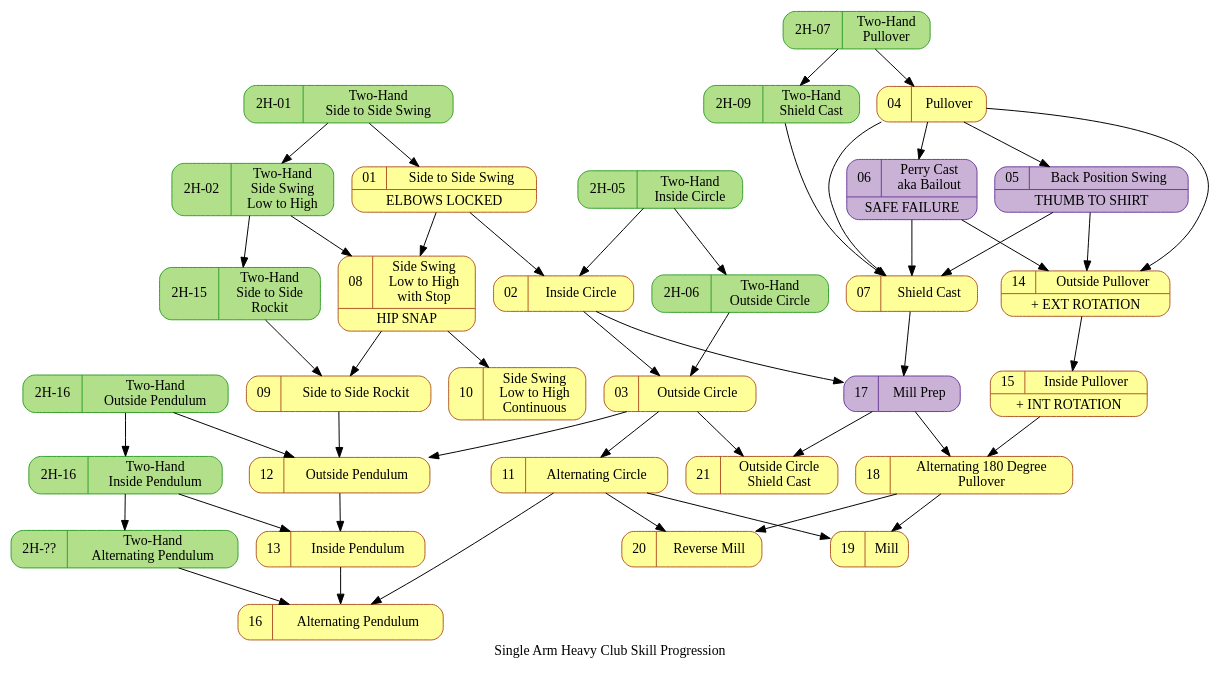
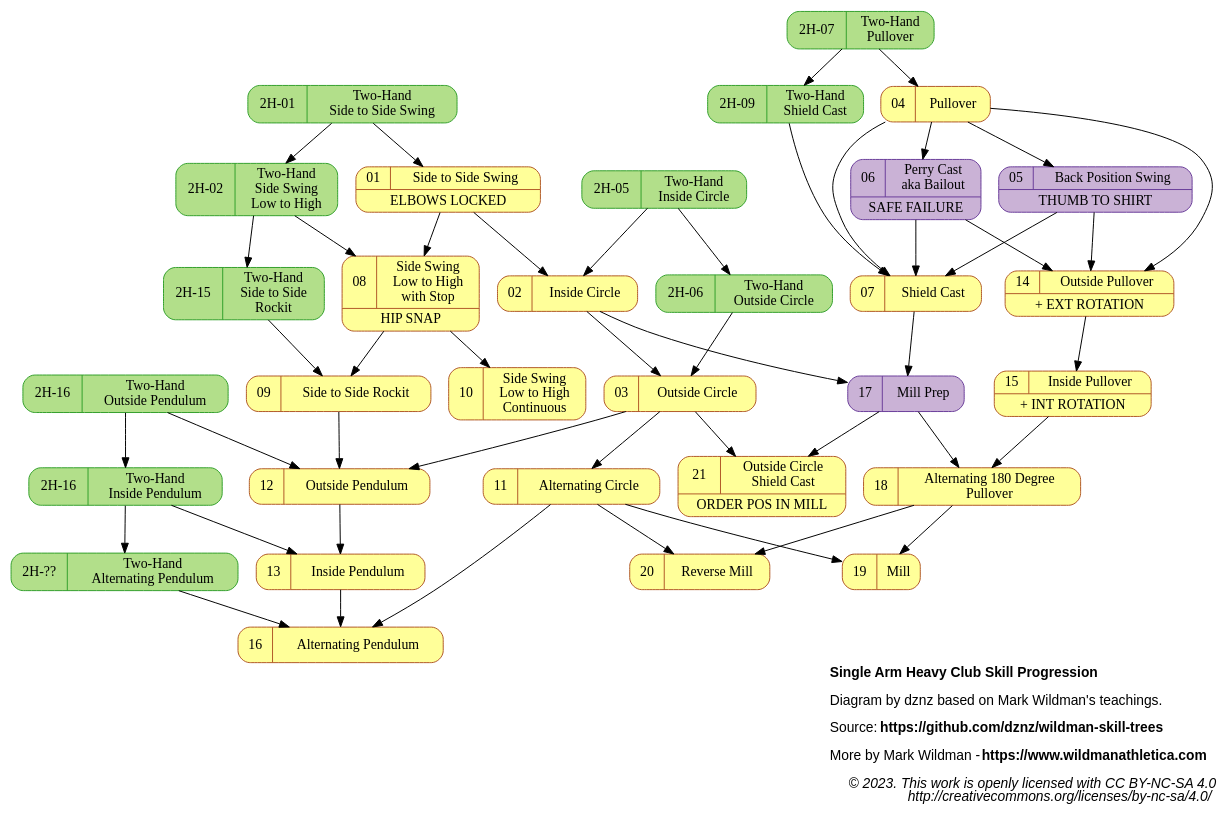
Before and after one commit to dznz/wildman-skill-trees: the diagram in src/hc/hc_sa_progression.gv, drawn with Graphviz. The commit also changed 1 other file, not shown here.

Commit message:
docs(hc_sa_progression): Title with license
Define some boilerplate text that makes sure to include:

- Link to the project
- Link to Wildman's home page
- Attribution to me and MW

```diff
--- a/src/hc/hc_sa_progression.gv
+++ b/src/hc/hc_sa_progression.gv
@@ -1,108 +1,117 @@
 digraph kb_progression {
-  // Single Arm Heavy Club Skill Progression Diagram © 2023
-  // by dznz using knowledge from Mark Wildman is licensed
-  // under CC BY-NC-SA 4.0 
-  // http://creativecommons.org/licenses/by-nc-sa/4.0/
-  label="Single Arm Heavy Club Skill Progression"
+
+  label=<
+<B>Single Arm Heavy Club Skill Progression</B><BR ALIGN="LEFT"/><BR ALIGN="LEFT"/>
+Diagram by dznz based on Mark Wildman's teachings.<BR ALIGN="LEFT"/><BR ALIGN="LEFT"/>
+Source: <B>https://github.com/dznz/wildman-skill-trees</B><BR ALIGN="LEFT"/><BR ALIGN="LEFT"/>
+More by Mark Wildman - <B>https://www.wildmanathletica.com</B><BR ALIGN="LEFT"/><BR ALIGN="LEFT"/>
+<I>
+© 2023. This work is openly licensed with CC BY-NC-SA 4.0<BR ALIGN="RIGHT"/>
+http://creativecommons.org/licenses/by-nc-sa/4.0/<BR ALIGN="RIGHT"/>
+</I>
+  >
+  graph [labeljust=r]
+  graph [fontname="Helvetica,Arial,sans-serif"]
+
   node [colorscheme="paired12"]
   node [shape=record]
   node [style="rounded,filled"]
   node [color=12, fillcolor=11]
 
   subgraph warmup {
     node [color=8, fillcolor=7]
   }
 
   subgraph aux {
     node [color=10, fillcolor=9]
     mov_05_backs2s, mov_06_perry, mov_17_millprep
   }
 
   // Movements external to this diagram
   subgraph ext {
     node [color=4, fillcolor=3]
     ext_2h_s2s, ext_2h_sideswingl2h, ext_2h_sc, ext_2h_pullover
     ext_2h_s2srockit
     ext_2h_incircle, ext_2h_outcircle
     ext_2h_outpend, ext_2h_inpend, ext_2h_altpend
   }
 
   ext_2h_s2s          [label="{{2H-01|Two-Hand\nSide to Side Swing}}"]
   ext_2h_incircle     [label="{{2H-05|Two-Hand\nInside Circle}}"]
   ext_2h_outcircle    [label="{{2H-06|Two-Hand\nOutside Circle}}"]
   ext_2h_sc           [label="{{2H-09|Two-Hand\nShield Cast}}"]
   ext_2h_sideswingl2h [label="{{2H-02|Two-Hand\nSide Swing\nLow to High}}" ]
   ext_2h_s2srockit    [label="{{2H-15|Two-Hand\nSide to Side\nRockit}}"                         URL=""];
   ext_2h_pullover     [label="{{2H-07|Two-Hand\nPullover}}" URL="https://www.youtube.com/watch?v=jpIn1Sumg78&list=PLk4oYPJ7TXKiueHS7UMPv-DxNMK6UELds&index=7"]
   ext_2h_outpend      [label="{{2H-16|Two-Hand\nOutside Pendulum}}"]
   ext_2h_inpend       [label="{{2H-16|Two-Hand\nInside Pendulum}}"]
   ext_2h_altpend      [label="{{2H-??|Two-Hand\nAlternating Pendulum}}" URL="https://www.youtube.com/watch?v=GULjXPS_ba4"]
   
-  mov_01_s2s              [label="{{01|Side to Side Swing}|ELBOWS LOCKED}"            URL="https://www.youtube.com/watch?v=cosgyt2BQG4&list=PLk4oYPJ7TXKgCH_TpdUCNs2-m5ZCqx-Pw"];
-  mov_02_incircle         [label="{{02|Inside Circle}}"                               URL="https://www.youtube.com/watch?v=-gtRj1KEUmw"];
-  mov_03_outcircle        [label="{{03|Outside Circle}}"                              URL="https://www.youtube.com/watch?v=Mf2QuZvRtQ4&list=PLk4oYPJ7TXKgCH_TpdUCNs2-m5ZCqx-Pw&index=2"];
-  mov_04_pullover         [label="{{04|Pullover}}"                                    URL="https://www.youtube.com/watch?v=HHT6TrTLJM8"];
-  mov_05_backs2s          [label="{{05|Back Position Swing}|THUMB TO SHIRT}"          URL="https://www.youtube.com/watch?v=sxePeWDR1U0"];
-  mov_06_perry            [label="{{06|Perry Cast\naka Bailout}|SAFE FAILURE}"        URL="https://www.youtube.com/watch?v=FpUecSrX_AI&list=PLk4oYPJ7TXKgCH_TpdUCNs2-m5ZCqx-Pw&index=3"];
-  mov_07_sc               [label="{{07|Shield Cast}}"                                 URL="https://www.youtube.com/watch?v=huwc0g3yLWk&list=PLk4oYPJ7TXKgCH_TpdUCNs2-m5ZCqx-Pw&index=4"];
-  mov_08_sideswingl2h     [label="{{08|Side Swing\nLow to High\nwith Stop}|HIP SNAP}" URL="https://www.youtube.com/watch?v=huwc0g3yLWk&list=PLk4oYPJ7TXKgCH_TpdUCNs2-m5ZCqx-Pw&index=5"];
-  mov_09_s2srockit        [label="{{09|Side to Side Rockit}}"                         URL="https://www.youtube.com/watch?v=I26O1ct_hik&list=PLk4oYPJ7TXKgCH_TpdUCNs2-m5ZCqx-Pw&index=6"];
-  mov_10_sideswingl2hcont [label="{{10|Side Swing\nLow to High\nContinuous}}"         URL="https://www.youtube.com/watch?v=I26O1ct_hik&list=PLk4oYPJ7TXKgCH_TpdUCNs2-m5ZCqx-Pw&index=7"];
-  mov_11_altcircle        [label="{{11|Alternating Circle}}"                          URL="https://www.youtube.com/watch?v=I26O1ct_hik&list=PLk4oYPJ7TXKgCH_TpdUCNs2-m5ZCqx-Pw&index=8"];
-  mov_12_outpend          [label="{{12|Outside Pendulum}}"                            URL="https://www.youtube.com/watch?v=I26O1ct_hik&list=PLk4oYPJ7TXKgCH_TpdUCNs2-m5ZCqx-Pw&index=9"];
-  mov_13_inpend           [label="{{13|Inside Pendulum}}"                             URL="https://www.youtube.com/watch?v=I26O1ct_hik&list=PLk4oYPJ7TXKgCH_TpdUCNs2-m5ZCqx-Pw&index=10"];
-  mov_14_outpull          [label="{{14|Outside Pullover}|+ EXT ROTATION}"             URL="https://www.youtube.com/watch?v=sJ5XCgdCMx8&list=PLk4oYPJ7TXKgCH_TpdUCNs2-m5ZCqx-Pw&index=14"];
-  mov_15_inpull           [label="{{15|Inside Pullover}|+ INT ROTATION}"              URL="https://www.youtube.com/watch?v=sJ5XCgdCMx8&list=PLk4oYPJ7TXKgCH_TpdUCNs2-m5ZCqx-Pw&index=15"];
-  mov_16_altpend          [label="{{16|Alternating Pendulum}}"                        URL="https://www.youtube.com/watch?v=I26O1ct_hik&list=PLk4oYPJ7TXKgCH_TpdUCNs2-m5ZCqx-Pw&index=16"];
-  mov_17_millprep         [label="{{17|Mill Prep}}"                                   URL="https://www.youtube.com/watch?v=I26O1ct_hik&list=PLk4oYPJ7TXKgCH_TpdUCNs2-m5ZCqx-Pw&index=17"];
-  mov_18_alt180pull       [label="{{18|Alternating 180 Degree\nPullover}}"            URL="https://www.youtube.com/watch?v=I26O1ct_hik&list=PLk4oYPJ7TXKgCH_TpdUCNs2-m5ZCqx-Pw&index=18"];
-  mov_19_mill             [label="{{19|Mill}}"                                        URL="https://www.youtube.com/watch?v=I26O1ct_hik&list=PLk4oYPJ7TXKgCH_TpdUCNs2-m5ZCqx-Pw&index=19"];
-  mov_20_revmill          [label="{{20|Reverse Mill}}"                                URL="https://www.youtube.com/watch?v=I26O1ct_hik&list=PLk4oYPJ7TXKgCH_TpdUCNs2-m5ZCqx-Pw&index=20"];
-  mov_21_outcirclesc      [label="{{21|Outside Circle\nShield Cast}}"                 URL="https://www.youtube.com/watch?v=NdJlzFTbQwo&list=PLk4oYPJ7TXKgCH_TpdUCNs2-m5ZCqx-Pw&index=21"]
+  mov_01_s2s              [label="{{01|Side to Side Swing}|ELBOWS LOCKED}"              URL="https://www.youtube.com/watch?v=cosgyt2BQG4&list=PLk4oYPJ7TXKgCH_TpdUCNs2-m5ZCqx-Pw"];
+  mov_02_incircle         [label="{{02|Inside Circle}}"                                 URL="https://www.youtube.com/watch?v=-gtRj1KEUmw"];
+  mov_03_outcircle        [label="{{03|Outside Circle}}"                                URL="https://www.youtube.com/watch?v=Mf2QuZvRtQ4&list=PLk4oYPJ7TXKgCH_TpdUCNs2-m5ZCqx-Pw&index=2"];
+  mov_04_pullover         [label="{{04|Pullover}}"                                      URL="https://www.youtube.com/watch?v=HHT6TrTLJM8"];
+  mov_05_backs2s          [label="{{05|Back Position Swing}|THUMB TO SHIRT}"            URL="https://www.youtube.com/watch?v=sxePeWDR1U0"];
+  mov_06_perry            [label="{{06|Perry Cast\naka Bailout}|SAFE FAILURE}"          URL="https://www.youtube.com/watch?v=FpUecSrX_AI&list=PLk4oYPJ7TXKgCH_TpdUCNs2-m5ZCqx-Pw&index=3"];
+  mov_07_sc               [label="{{07|Shield Cast}}"                                   URL="https://www.youtube.com/watch?v=huwc0g3yLWk&list=PLk4oYPJ7TXKgCH_TpdUCNs2-m5ZCqx-Pw&index=4"];
+  mov_08_sideswingl2h     [label="{{08|Side Swing\nLow to High\nwith Stop}|HIP SNAP}"   URL="https://www.youtube.com/watch?v=huwc0g3yLWk&list=PLk4oYPJ7TXKgCH_TpdUCNs2-m5ZCqx-Pw&index=5"];
+  mov_09_s2srockit        [label="{{09|Side to Side Rockit}}"                           URL="https://www.youtube.com/watch?v=I26O1ct_hik&list=PLk4oYPJ7TXKgCH_TpdUCNs2-m5ZCqx-Pw&index=6"];
+  mov_10_sideswingl2hcont [label="{{10|Side Swing\nLow to High\nContinuous}}"           URL="https://www.youtube.com/watch?v=I26O1ct_hik&list=PLk4oYPJ7TXKgCH_TpdUCNs2-m5ZCqx-Pw&index=7"];
+  mov_11_altcircle        [label="{{11|Alternating Circle}}"                            URL="https://www.youtube.com/watch?v=I26O1ct_hik&list=PLk4oYPJ7TXKgCH_TpdUCNs2-m5ZCqx-Pw&index=8"];
+  mov_12_outpend          [label="{{12|Outside Pendulum}}"                              URL="https://www.youtube.com/watch?v=I26O1ct_hik&list=PLk4oYPJ7TXKgCH_TpdUCNs2-m5ZCqx-Pw&index=9"];
+  mov_13_inpend           [label="{{13|Inside Pendulum}}"                               URL="https://www.youtube.com/watch?v=I26O1ct_hik&list=PLk4oYPJ7TXKgCH_TpdUCNs2-m5ZCqx-Pw&index=10"];
+  mov_14_outpull          [label="{{14|Outside Pullover}|+ EXT ROTATION}"               URL="https://www.youtube.com/watch?v=sJ5XCgdCMx8&list=PLk4oYPJ7TXKgCH_TpdUCNs2-m5ZCqx-Pw&index=14"];
+  mov_15_inpull           [label="{{15|Inside Pullover}|+ INT ROTATION}"                URL="https://www.youtube.com/watch?v=sJ5XCgdCMx8&list=PLk4oYPJ7TXKgCH_TpdUCNs2-m5ZCqx-Pw&index=15"];
+  mov_16_altpend          [label="{{16|Alternating Pendulum}}"                          URL="https://www.youtube.com/watch?v=I26O1ct_hik&list=PLk4oYPJ7TXKgCH_TpdUCNs2-m5ZCqx-Pw&index=16"];
+  mov_17_millprep         [label="{{17|Mill Prep}}"                                     URL="https://www.youtube.com/watch?v=I26O1ct_hik&list=PLk4oYPJ7TXKgCH_TpdUCNs2-m5ZCqx-Pw&index=17"];
+  mov_18_alt180pull       [label="{{18|Alternating 180 Degree\nPullover}}"              URL="https://www.youtube.com/watch?v=I26O1ct_hik&list=PLk4oYPJ7TXKgCH_TpdUCNs2-m5ZCqx-Pw&index=18"];
+  mov_19_mill             [label="{{19|Mill}}"                                          URL="https://www.youtube.com/watch?v=I26O1ct_hik&list=PLk4oYPJ7TXKgCH_TpdUCNs2-m5ZCqx-Pw&index=19"];
+  mov_20_revmill          [label="{{20|Reverse Mill}}"                                  URL="https://www.youtube.com/watch?v=I26O1ct_hik&list=PLk4oYPJ7TXKgCH_TpdUCNs2-m5ZCqx-Pw&index=20"];
+  mov_21_outcirclesc      [label="{{21|Outside Circle\nShield Cast}|ORDER POS IN MILL}" URL="https://www.youtube.com/watch?v=NdJlzFTbQwo&list=PLk4oYPJ7TXKgCH_TpdUCNs2-m5ZCqx-Pw&index=21"]
 
   // external skill links
   ext_2h_s2s -> ext_2h_sideswingl2h -> ext_2h_s2srockit;
   ext_2h_outpend -> ext_2h_inpend -> ext_2h_altpend;
   ext_2h_incircle -> ext_2h_outcircle;
   ext_2h_pullover -> ext_2h_sc;
 
   // external skill dependencies
   ext_2h_s2s -> mov_01_s2s;
   ext_2h_incircle -> mov_02_incircle;
   ext_2h_outcircle -> mov_03_outcircle;
   ext_2h_sc -> mov_07_sc;
   ext_2h_pullover -> mov_04_pullover;
   ext_2h_sideswingl2h -> mov_08_sideswingl2h;
   ext_2h_s2srockit -> mov_09_s2srockit;
   ext_2h_outpend -> mov_12_outpend;
   ext_2h_inpend -> mov_13_inpend;
   ext_2h_altpend -> mov_16_altpend;
 
   mov_01_s2s -> mov_08_sideswingl2h;
   mov_01_s2s -> mov_02_incircle;
   mov_02_incircle -> mov_03_outcircle;
   mov_08_sideswingl2h -> mov_09_s2srockit;
   mov_09_s2srockit -> mov_12_outpend;
   mov_03_outcircle -> mov_12_outpend;
   mov_08_sideswingl2h -> mov_10_sideswingl2hcont;
   mov_03_outcircle -> mov_11_altcircle;
   mov_12_outpend -> mov_13_inpend -> mov_16_altpend;
   mov_04_pullover -> mov_07_sc;
   mov_04_pullover -> mov_05_backs2s -> mov_07_sc;
   mov_04_pullover -> mov_06_perry -> mov_07_sc;
   mov_05_backs2s -> mov_14_outpull;
   mov_06_perry -> mov_14_outpull;
   mov_04_pullover -> mov_14_outpull;
   mov_14_outpull -> mov_15_inpull;
   mov_02_incircle -> mov_17_millprep;
   mov_07_sc -> mov_17_millprep;
   mov_17_millprep -> mov_18_alt180pull;
   mov_15_inpull -> mov_18_alt180pull;
   mov_18_alt180pull -> mov_19_mill;
   mov_11_altcircle -> mov_19_mill;
   mov_11_altcircle -> mov_20_revmill;
   mov_18_alt180pull -> mov_20_revmill;
   mov_11_altcircle -> mov_16_altpend;
   mov_03_outcircle -> mov_21_outcirclesc;
   mov_17_millprep -> mov_21_outcirclesc;
 }
```
